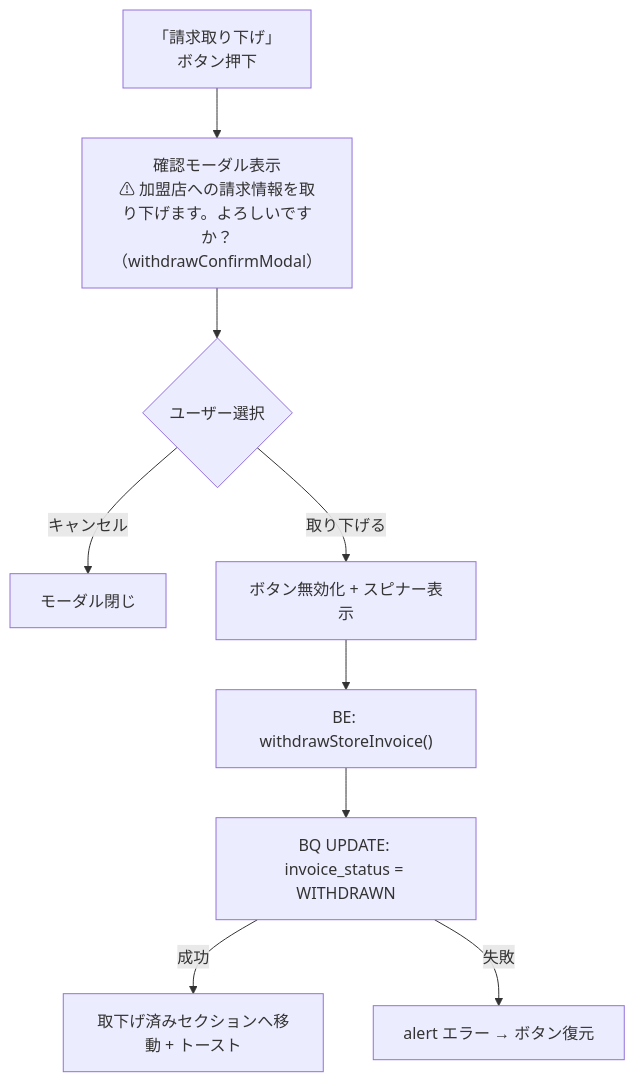
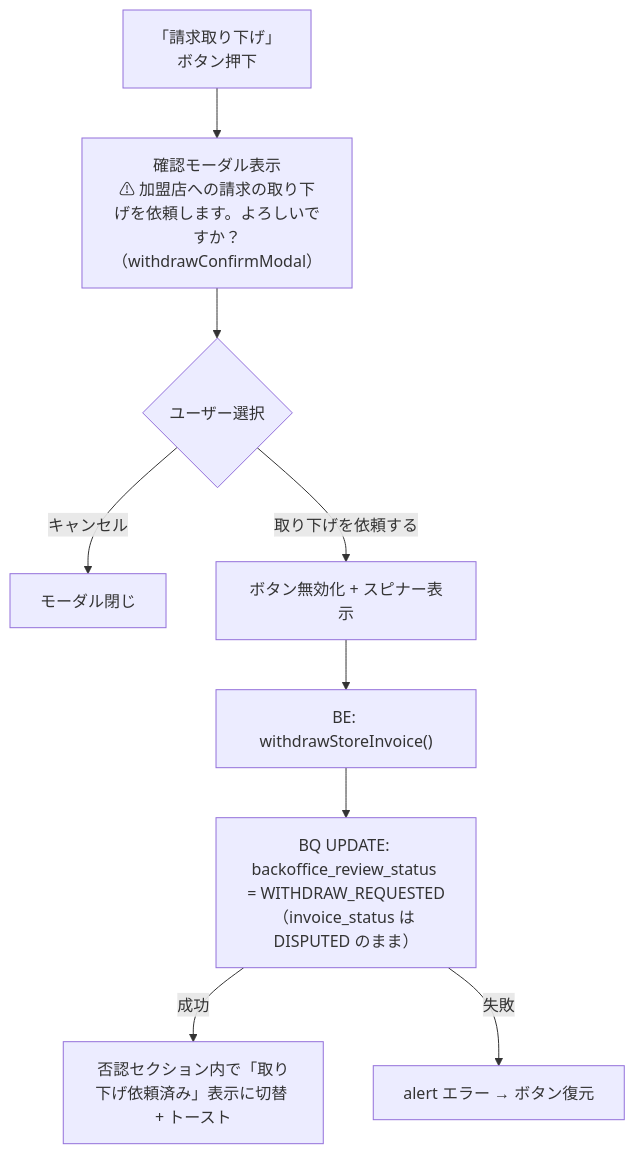
One commit to USEN-PAY-Products/connect-wholesale-gas-poc changed diagram 11 of 17 in docs/specifications/04_detail_page.md. Above: the diagram before and after it, drawn with Mermaid. The commit also changed other lines of this file and 11 other files, not shown here.

````diff
--- a/docs/specifications/04_detail_page.md
+++ b/docs/specifications/04_detail_page.md
@@ -320,11 +326,11 @@
 ```mermaid
 flowchart TD
-    START["「請求取り下げ」\nボタン押下"] --> DIALOG["確認モーダル表示\n⚠ 加盟店への請求情報を取り下げます。よろしいですか？\n（withdrawConfirmModal）"]
+    START["「請求取り下げ」\nボタン押下"] --> DIALOG["確認モーダル表示\n⚠ 加盟店への請求の取り下げを依頼します。よろしいですか？\n（withdrawConfirmModal）"]
     DIALOG --> CANCEL{"ユーザー選択"}
     CANCEL -->|キャンセル| CLOSE["モーダル閉じ"]
-    CANCEL -->|取り下げる| DISABLE["ボタン無効化 + スピナー表示"]
+    CANCEL -->|取り下げを依頼する| DISABLE["ボタン無効化 + スピナー表示"]
     DISABLE --> BE["BE: withdrawStoreInvoice()"]
-    BE --> BQ["BQ UPDATE: invoice_status = WITHDRAWN"]
-    BQ -->|成功| SUCCESS["取下げ済みセクションへ移動 + トースト"]
+    BE --> BQ["BQ UPDATE: backoffice_review_status = WITHDRAW_REQUESTED\n（invoice_status は DISPUTED のまま）"]
+    BQ -->|成功| SUCCESS["否認セクション内で「取り下げ依頼済み」表示に切替 + トースト"]
     BQ -->|失敗| FAIL["alert エラー → ボタン復元"]
 ```
````
